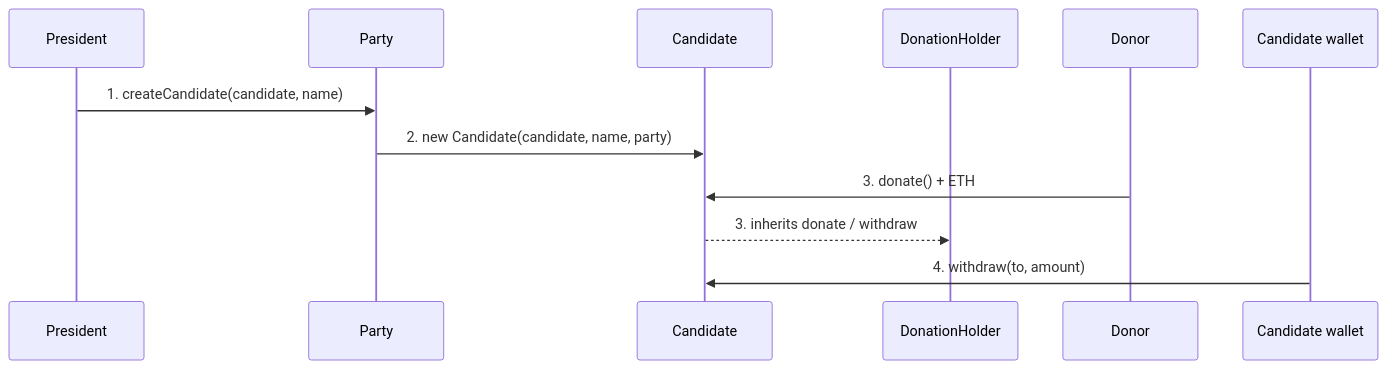
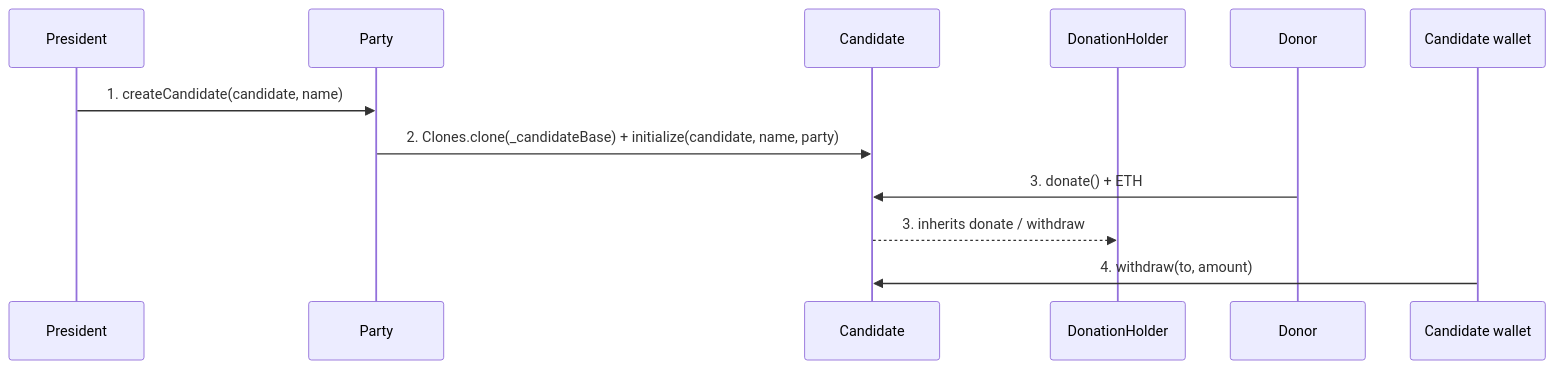
One commit to paulosergioamorim/ethereum_elections_dapp changed the first of 2 diagrams in .specs/features/candidate/plan.md. Above: the diagram before and after it, drawn with Mermaid. The commit also changed other lines of this file and 8 other files, not shown here.

First line of the commit message:
feat(candidates): party clones candidates with initialize (S1, criteria 1-7)

````diff
--- a/.specs/features/candidate/plan.md
+++ b/.specs/features/candidate/plan.md
@@ -26,14 +26,14 @@
 ```mermaid
 sequenceDiagram
     participant Pr as President
     participant P as Party
     participant C as Candidate
     participant H as DonationHolder
     participant D as Donor
     participant K as Candidate wallet
     Pr->>P: 1. createCandidate(candidate, name)
-    P->>C: 2. new Candidate(candidate, name, party)
+    P->>C: 2. Clones.clone(_candidateBase) + initialize(candidate, name, party)
     D->>C: 3. donate() + ETH
     C-->>H: 3. inherits donate / withdraw
     K->>C: 4. withdraw(to, amount)
 ```
````
